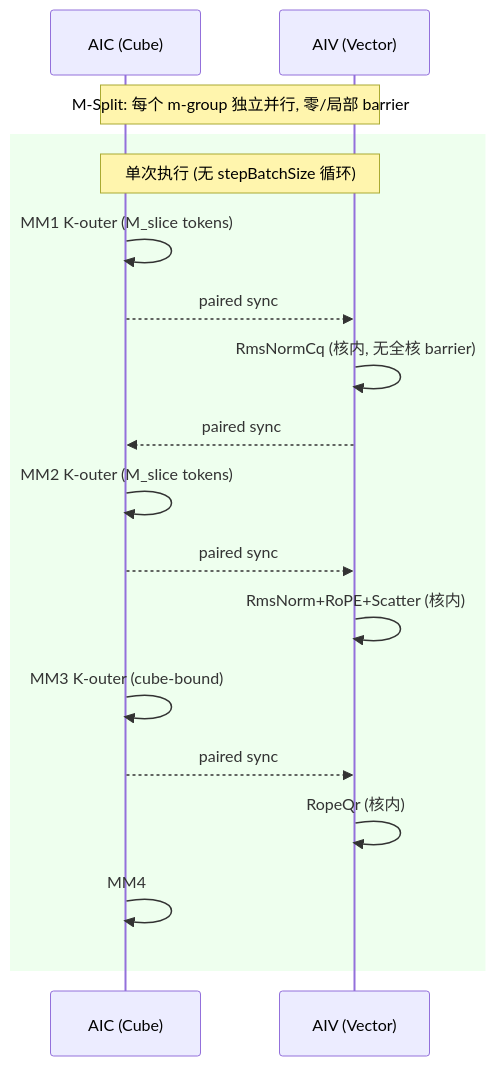
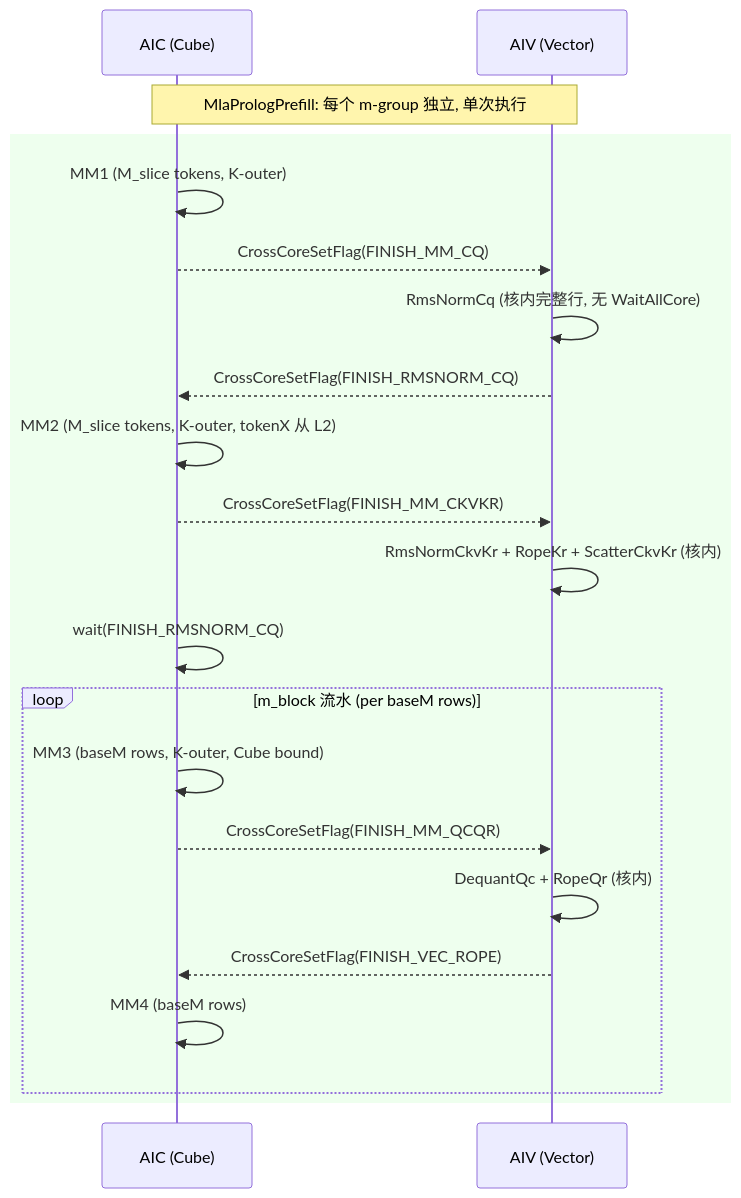
One commit to ChunnX/ops-transformer changed the second of 2 diagrams in attention/mla_prolog_v3/docs/MlaPrologV3_Prefill_SplitM设计.md. Above: the diagram before and after it, drawn with Mermaid. The commit also changed other lines of this file, not shown here.

First line of the commit message:
comprehensive prefill M-Split design doc with perf modeling and code design

````diff
--- a/attention/mla_prolog_v3/docs/MlaPrologV3_Prefill_SplitM设计.md
+++ b/attention/mla_prolog_v3/docs/MlaPrologV3_Prefill_SplitM设计.md
@@ -268,22 +284,27 @@
 ```mermaid
 sequenceDiagram
     participant AIC as AIC (Cube)
     participant AIV as AIV (Vector)
 
-    Note over AIC,AIV: M-Split: 每个 m-group 独立并行, 零/局部 barrier
+    Note over AIC,AIV: MlaPrologPrefill: 每个 m-group 独立, 单次执行
 
     rect rgb(200, 255, 200, 0.3)
-    Note over AIC,AIV: 单次执行 (无 stepBatchSize 循环)
-    AIC->>AIC: MM1 K-outer (M_slice tokens)
-    AIC-->>AIV: paired sync
-    AIV->>AIV: RmsNormCq (核内, 无全核 barrier)
-    AIV-->>AIC: paired sync
-    AIC->>AIC: MM2 K-outer (M_slice tokens)
-    AIC-->>AIV: paired sync
-    AIV->>AIV: RmsNorm+RoPE+Scatter (核内)
-    AIC->>AIC: MM3 K-outer (cube-bound)
-    AIC-->>AIV: paired sync
-    AIV->>AIV: RopeQr (核内)
-    AIC->>AIC: MM4
+    AIC->>AIC: MM1 (M_slice tokens, K-outer)
+    AIC-->>AIV: CrossCoreSetFlag(FINISH_MM_CQ)
+    AIV->>AIV: RmsNormCq (核内完整行, 无 WaitAllCore)
+    AIV-->>AIC: CrossCoreSetFlag(FINISH_RMSNORM_CQ)
+
+    AIC->>AIC: MM2 (M_slice tokens, K-outer, tokenX 从 L2)
+    AIC-->>AIV: CrossCoreSetFlag(FINISH_MM_CKVKR)
+    AIV->>AIV: RmsNormCkvKr + RopeKr + ScatterCkvKr (核内)
+
+    AIC->>AIC: wait(FINISH_RMSNORM_CQ)
+    loop m_block 流水 (per baseM rows)
+        AIC->>AIC: MM3 (baseM rows, K-outer, Cube bound)
+        AIC-->>AIV: CrossCoreSetFlag(FINISH_MM_QCQR)
+        AIV->>AIV: DequantQc + RopeQr (核内)
+        AIV-->>AIC: CrossCoreSetFlag(FINISH_VEC_ROPE)
+        AIC->>AIC: MM4 (baseM rows)
+    end
     end
 ```
````
